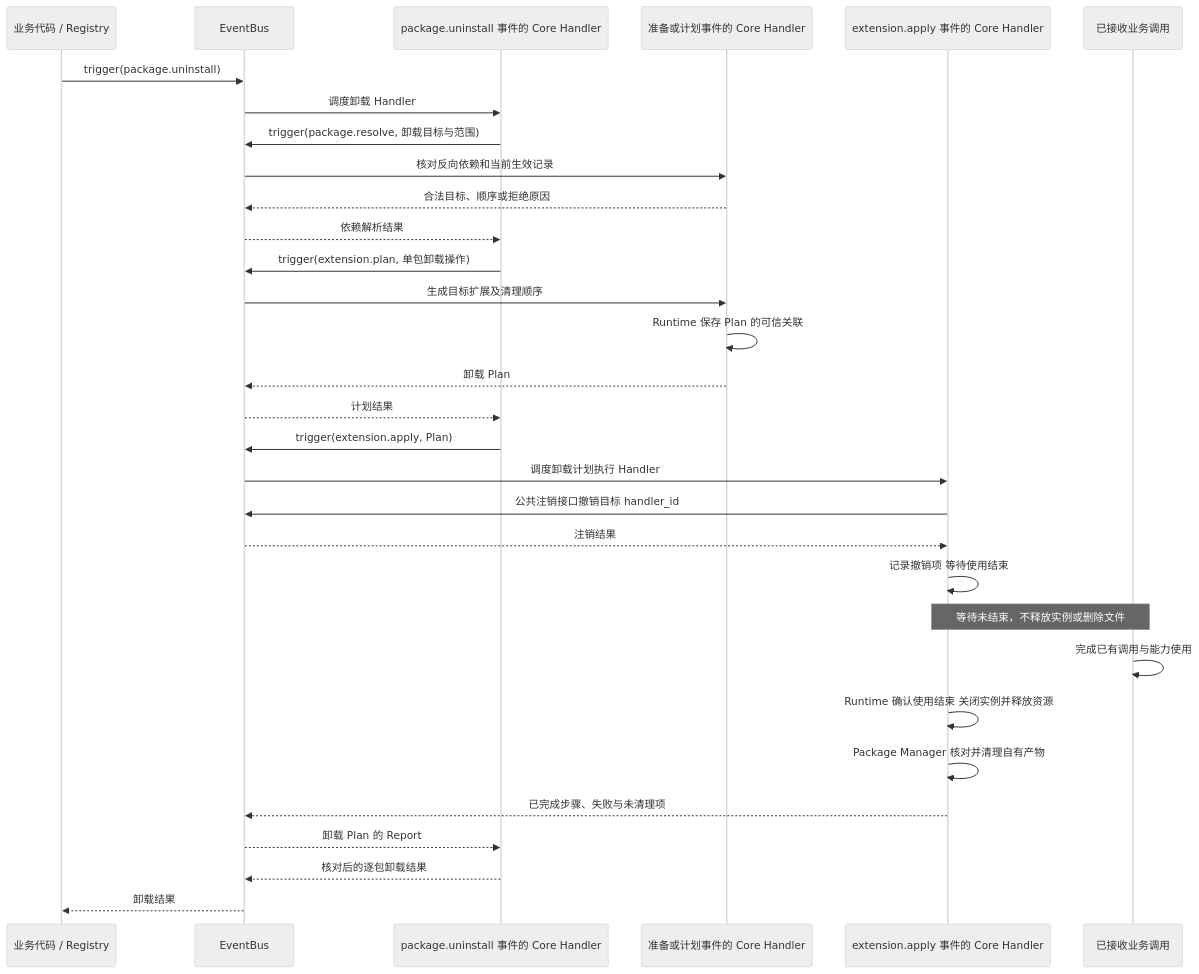
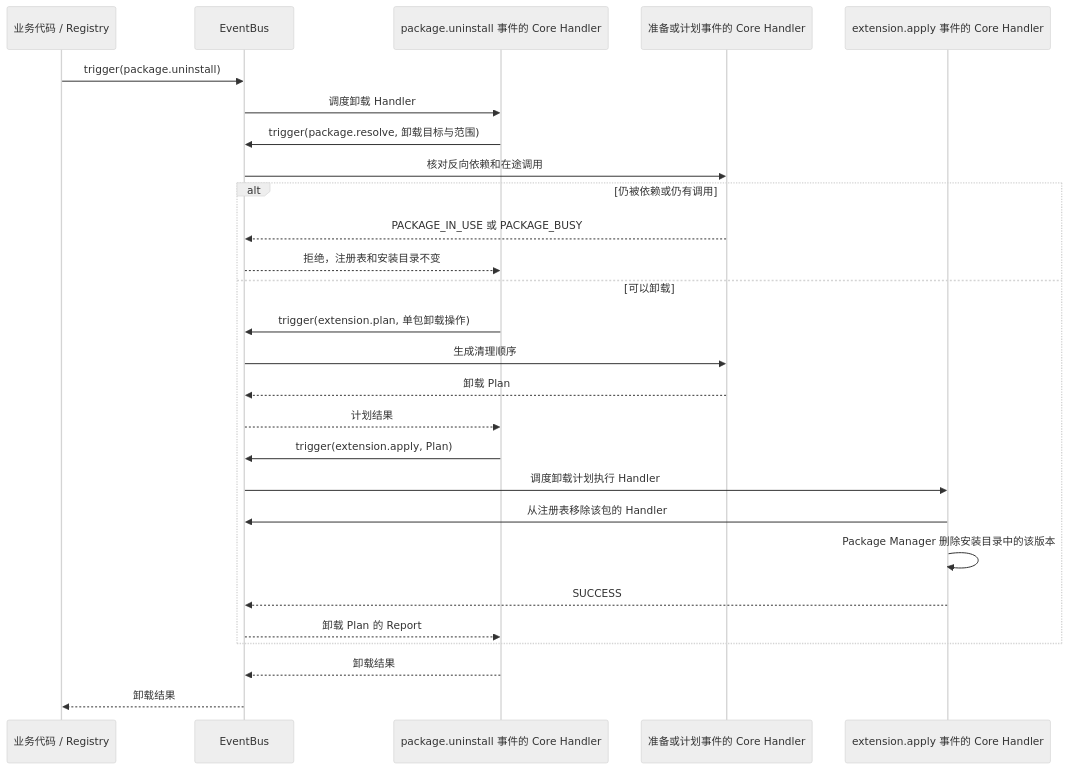
Before and after one commit to openJiuwen-ai/agent-core: the fourth of 10 diagrams in openjiuwen/core/extension/docs/designs/extension-architecture.md, drawn with Mermaid (neutral theme). The commit also changed other lines of this file and 28 other files, not shown here.

First line of the commit message:
feat(extension): add package loading control plane

````diff
--- a/openjiuwen/core/extension/docs/designs/extension-architecture.md
+++ b/openjiuwen/core/extension/docs/designs/extension-architecture.md
@@ -561,33 +525,29 @@
 ```mermaid
 sequenceDiagram
     participant H as 业务代码 / Registry
     participant B as EventBus
     participant U as package.uninstall 事件的 Core Handler
     participant C as 准备或计划事件的 Core Handler
     participant T as extension.apply 事件的 Core Handler
-    participant A as 已接收业务调用
     H->>B: trigger(package.uninstall)
     B->>U: 调度卸载 Handler
     U->>B: trigger(package.resolve, 卸载目标与范围)
-    B->>C: 核对反向依赖和当前生效记录
-    C-->>B: 合法目标、顺序或拒绝原因
-    B-->>U: 依赖解析结果
-    U->>B: trigger(extension.plan, 单包卸载操作)
-    B->>C: 生成目标扩展及清理顺序
-    C->>C: Runtime 保存 Plan 的可信关联
-    C-->>B: 卸载 Plan
-    B-->>U: 计划结果
-    U->>B: trigger(extension.apply, Plan)
-    B->>T: 调度卸载计划执行 Handler
-    T->>B: 公共注销接口撤销目标 handler_id
-    B-->>T: 注销结果
-    T->>T: 记录撤销项 等待使用结束
-    Note over T,A: 等待未结束，不释放实例或删除文件
-    A->>A: 完成已有调用与能力使用
-    T->>T: Runtime 确认使用结束 关闭实例并释放资源
-    T->>T: Package Manager 核对并清理自有产物
-    T-->>B: 已完成步骤、失败与未清理项
-    B-->>U: 卸载 Plan 的 Report
-    U-->>B: 核对后的逐包卸载结果
+    B->>C: 核对反向依赖和在途调用
+    alt 仍被依赖或仍有调用
+        C-->>B: PACKAGE_IN_USE 或 PACKAGE_BUSY
+        B-->>U: 拒绝，注册表和安装目录不变
+    else 可以卸载
+        U->>B: trigger(extension.plan, 单包卸载操作)
+        B->>C: 生成清理顺序
+        C-->>B: 卸载 Plan
+        B-->>U: 计划结果
+        U->>B: trigger(extension.apply, Plan)
+        B->>T: 调度卸载计划执行 Handler
+        T->>B: 从注册表移除该包的 Handler
+        T->>T: Package Manager 删除安装目录中的该版本
+        T-->>B: SUCCESS
+        B-->>U: 卸载 Plan 的 Report
+    end
+    U-->>B: 卸载结果
     B-->>H: 卸载结果
 ```
````
